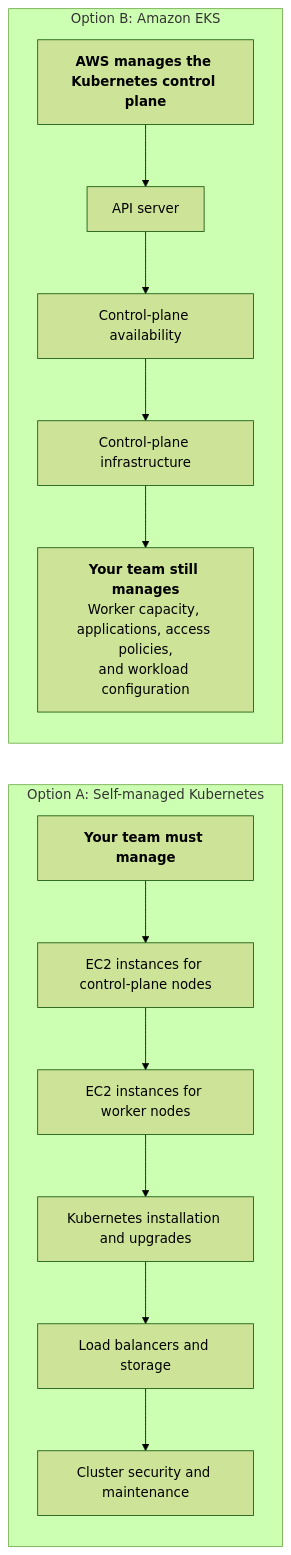
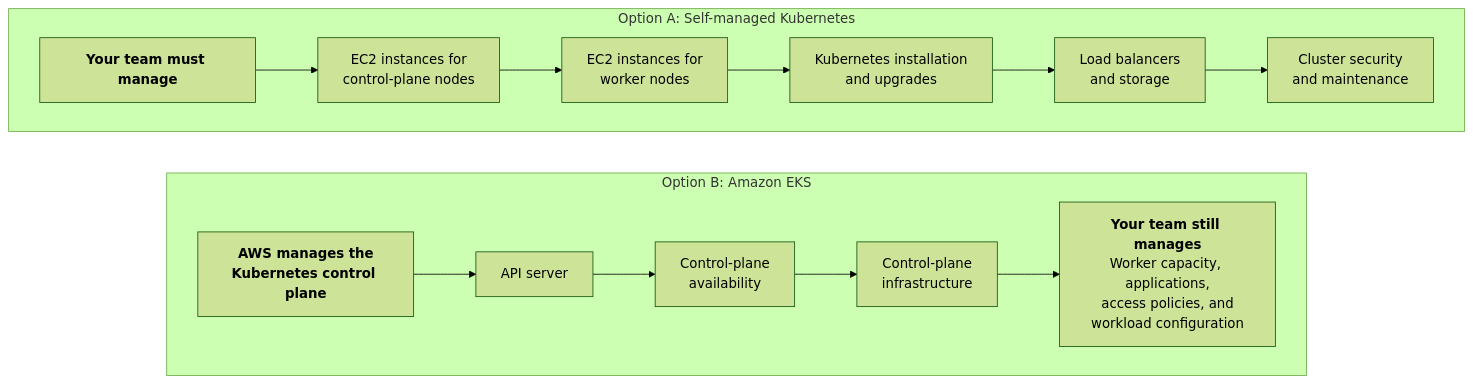
The third of 5 diagrams in 35-Kubernetes_Limitations/README.md (piyalidas10/Docker), drawn with Mermaid (forest theme) before and after one commit.

````diff
--- a/35-Kubernetes_Limitations/README.md
+++ b/35-Kubernetes_Limitations/README.md
@@ -73,23 +73,25 @@
 ```mermaid
-flowchart LR
+flowchart TB
     subgraph A["Option A: Self-managed Kubernetes"]
-        direction TB
+        direction LR
         AT["<b>Your team must manage</b>"]
-        A1["EC2 instances for control-plane nodes"]
-        A2["EC2 instances for worker nodes"]
-        A3["Kubernetes installation and upgrades"]
-        A4["Load balancers and storage"]
-        A5["Cluster security and maintenance"]
+        A1["EC2 instances for<br/>control-plane nodes"]
+        A2["EC2 instances for<br/>worker nodes"]
+        A3["Kubernetes installation<br/>and upgrades"]
+        A4["Load balancers<br/>and storage"]
+        A5["Cluster security<br/>and maintenance"]
         AT --> A1 --> A2 --> A3 --> A4 --> A5
     end
 
     subgraph B["Option B: Amazon EKS"]
-        direction TB
-        BT["<b>AWS manages the Kubernetes control plane</b>"]
+        direction LR
+        BT["<b>AWS manages the<br/>Kubernetes control plane</b>"]
         B1["API server"]
-        B2["Control-plane availability"]
-        B3["Control-plane infrastructure"]
-        BY["<b>Your team still manages</b><br/>Worker capacity, applications, access policies,<br/>and workload configuration"]
+        B2["Control-plane<br/>availability"]
+        B3["Control-plane<br/>infrastructure"]
+        BY["<b>Your team still manages</b><br/>Worker capacity, applications,<br/>access policies, and<br/>workload configuration"]
         BT --> B1 --> B2 --> B3 --> BY
     end
+
+    A ~~~ B
 ```
````
